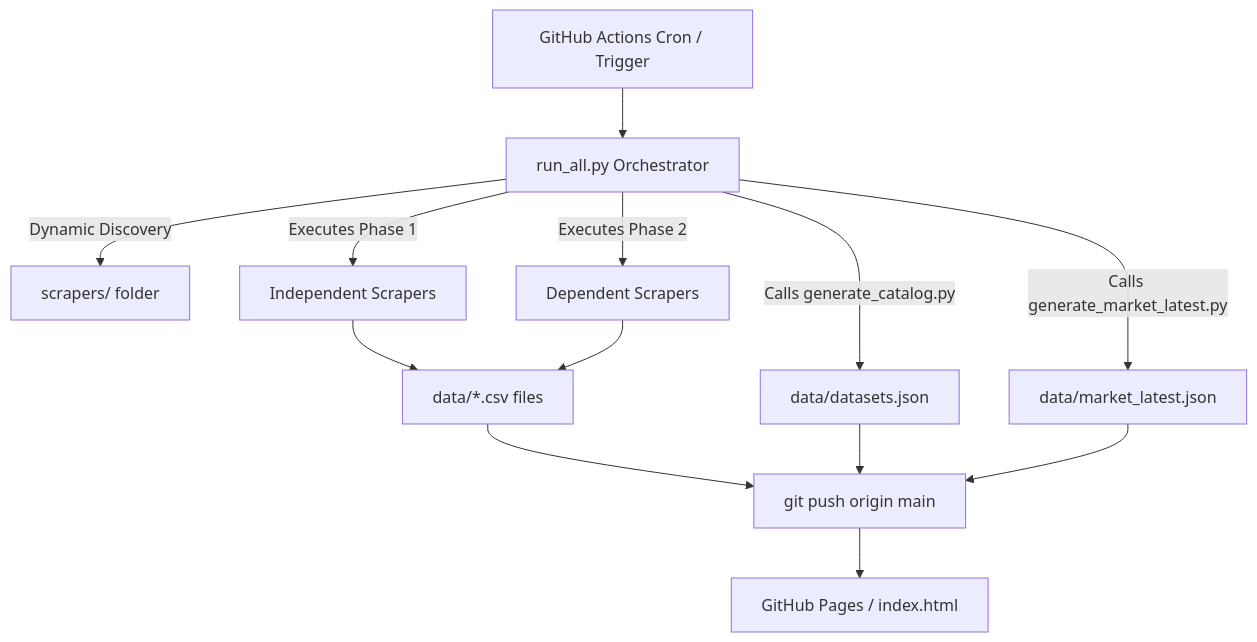
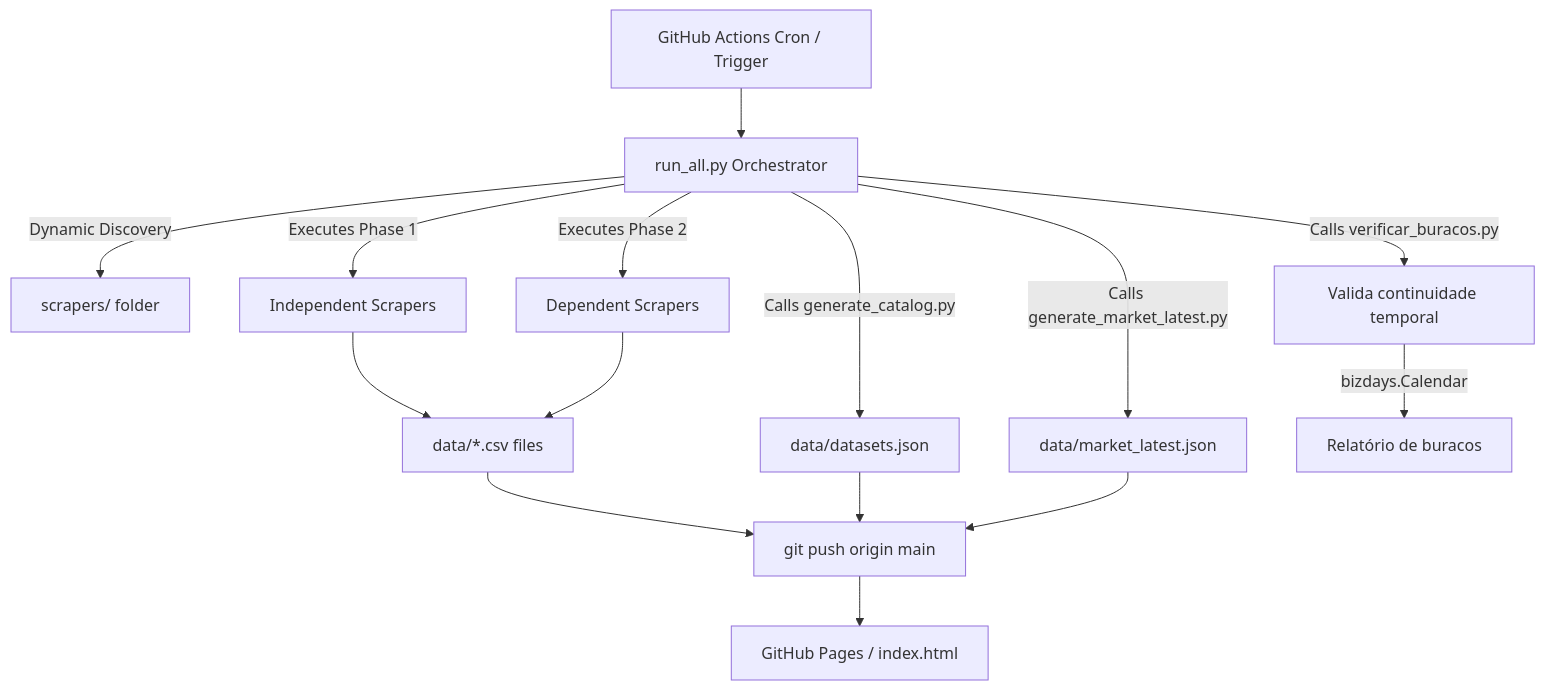
Before and after one commit to PulseDataLabs/PulseFlat: the diagram in README.md, drawn with Mermaid. The commit also changed other lines of this file and 8 other files, not shown here.

First line of the commit message:
feat: validação de integridade temporal com verificar_buracos.py

````diff
--- a/README.md
+++ b/README.md
@@ -57,13 +58,15 @@
 ```mermaid
 graph TD
     A[GitHub Actions Cron / Trigger] --> B[run_all.py Orchestrator]
     B -->|Dynamic Discovery| C[scrapers/ folder]
     B -->|Executes Phase 1| D[Independent Scrapers]
     B -->|Executes Phase 2| E[Dependent Scrapers]
     D --> F[data/*.csv files]
     E --> F
     B -->|Calls generate_catalog.py| G[data/datasets.json]
     B -->|Calls generate_market_latest.py| H[data/market_latest.json]
+    B -->|Calls verificar_buracos.py| K[Valida continuidade temporal]
+    K -->|bizdays.Calendar| L[Relatório de buracos]
     F & G & H --> I[git push origin main]
     I --> J[GitHub Pages / index.html]
 ```
````
